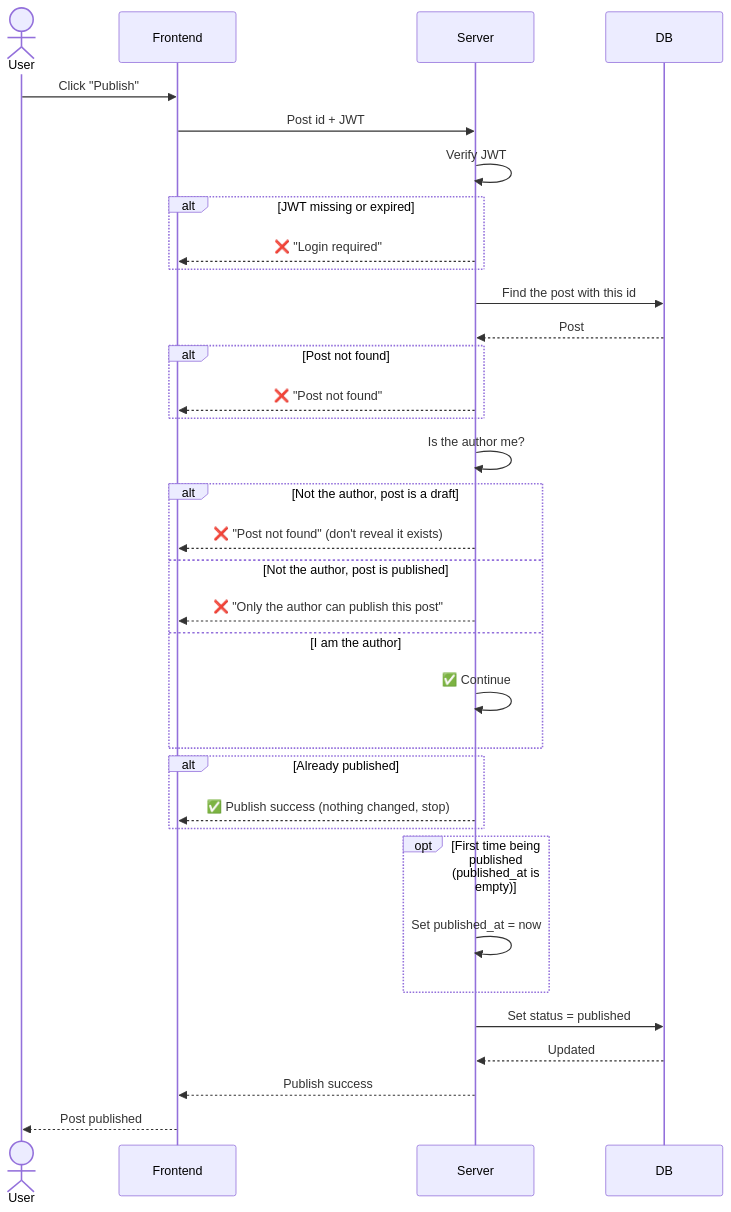
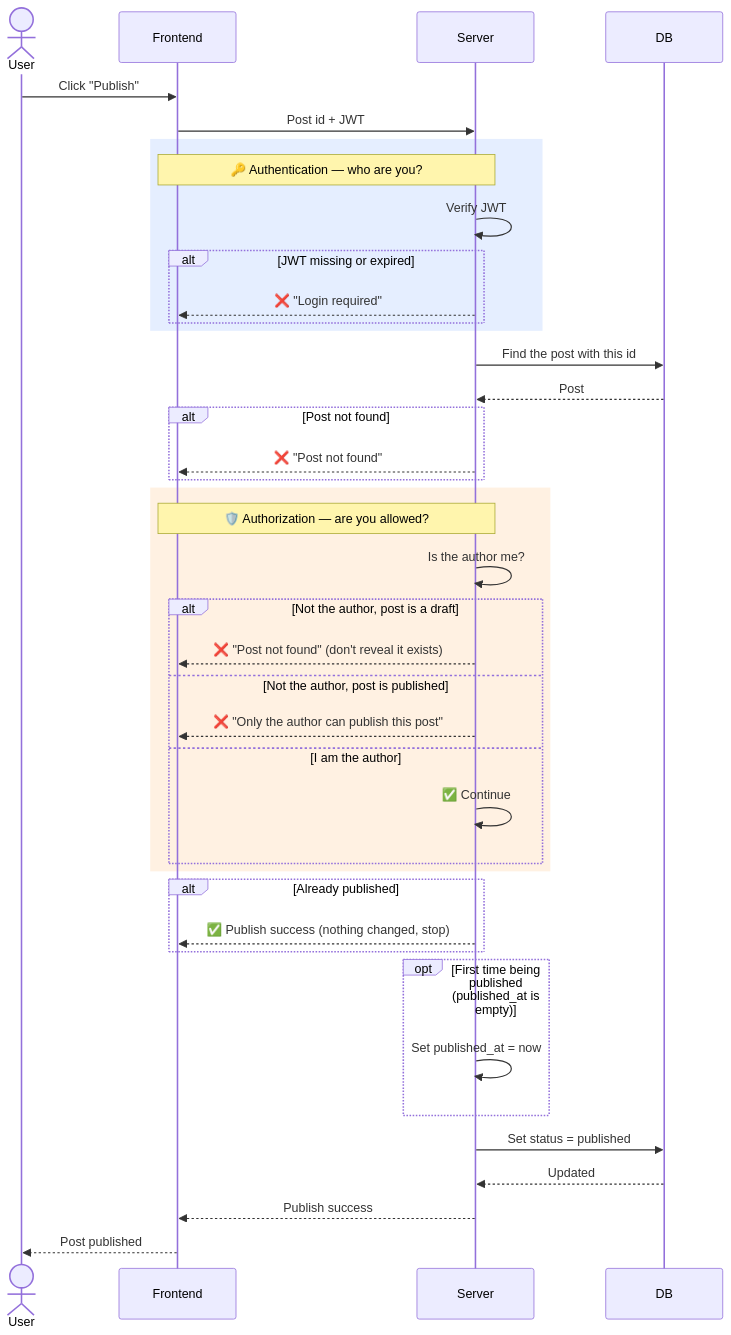
One commit to yhan0704/blogBackend changed the sixth of 8 diagrams in docs/sequence-diagrams/post.md. Above: the diagram before and after it, drawn with Mermaid. The commit also changed other lines of this file and 1 other file, not shown here.

Commit message:
docs: mark authentication and authorization in post diagrams

````diff
--- a/docs/sequence-diagrams/post.md
+++ b/docs/sequence-diagrams/post.md
@@ -161,37 +193,43 @@
 ```mermaid
 sequenceDiagram
     actor User
     participant Frontend
     participant Server
     participant DB
 
     User->>Frontend: Click "Publish"
     Frontend->>Server: Post id + JWT
-    Server->>Server: Verify JWT
-    alt JWT missing or expired
-        Server-->>Frontend: ❌ "Login required"
+    rect rgba(80, 140, 255, 0.15)
+        Note over Frontend,Server: 🔑 Authentication — who are you?
+        Server->>Server: Verify JWT
+        alt JWT missing or expired
+            Server-->>Frontend: ❌ "Login required"
+        end
     end
     Server->>DB: Find the post with this id
     DB-->>Server: Post
     alt Post not found
         Server-->>Frontend: ❌ "Post not found"
     end
-    Server->>Server: Is the author me?
-    alt Not the author, post is a draft
-        Server-->>Frontend: ❌ "Post not found" (don't reveal it exists)
-    else Not the author, post is published
-        Server-->>Frontend: ❌ "Only the author can publish this post"
-    else I am the author
-        Server->>Server: ✅ Continue
+    rect rgba(255, 160, 60, 0.15)
+        Note over Frontend,Server: 🛡️ Authorization — are you allowed?
+        Server->>Server: Is the author me?
+        alt Not the author, post is a draft
+            Server-->>Frontend: ❌ "Post not found" (don't reveal it exists)
+        else Not the author, post is published
+            Server-->>Frontend: ❌ "Only the author can publish this post"
+        else I am the author
+            Server->>Server: ✅ Continue
+        end
     end
     alt Already published
         Server-->>Frontend: ✅ Publish success (nothing changed, stop)
     end
     opt First time being published (published_at is empty)
         Server->>Server: Set published_at = now
     end
     Server->>DB: Set status = published
     DB-->>Server: Updated
     Server-->>Frontend: Publish success
     Frontend-->>User: Post published
 ```
````
